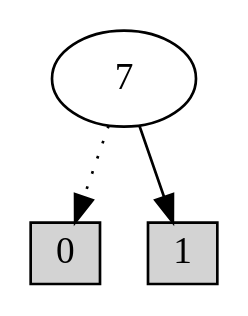
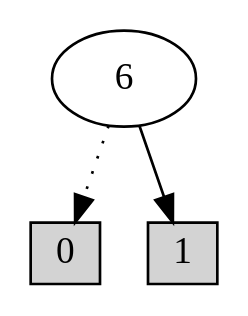
One commit to MieskeB/2IMF25 changed the diagram in ass6/res/circuit01/OUTP_REG_SCAN_IN_opt.dot. Above: the diagram before and after it, drawn with Graphviz. The commit also changed 830 other files, not shown here.

```diff
--- a/ass6/res/circuit01/OUTP_REG_SCAN_IN_opt.dot
+++ b/ass6/res/circuit01/OUTP_REG_SCAN_IN_opt.dot
@@ -1,7 +1,7 @@
 digraph G {
 0 [shape=box, label="0", style=filled, shape=box, height=0.3, width=0.3];
 1 [shape=box, label="1", style=filled, shape=box, height=0.3, width=0.3];
-16 [label="7"];
-16 -> 0 [style=dotted];
-16 -> 1 [style=filled];
+14 [label="6"];
+14 -> 0 [style=dotted];
+14 -> 1 [style=filled];
 }
```
